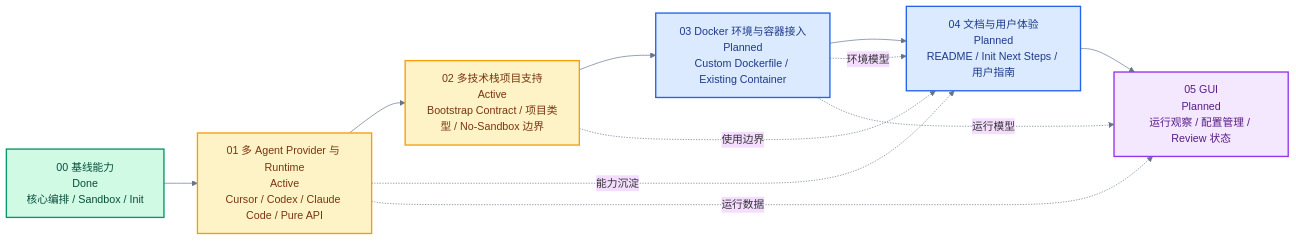
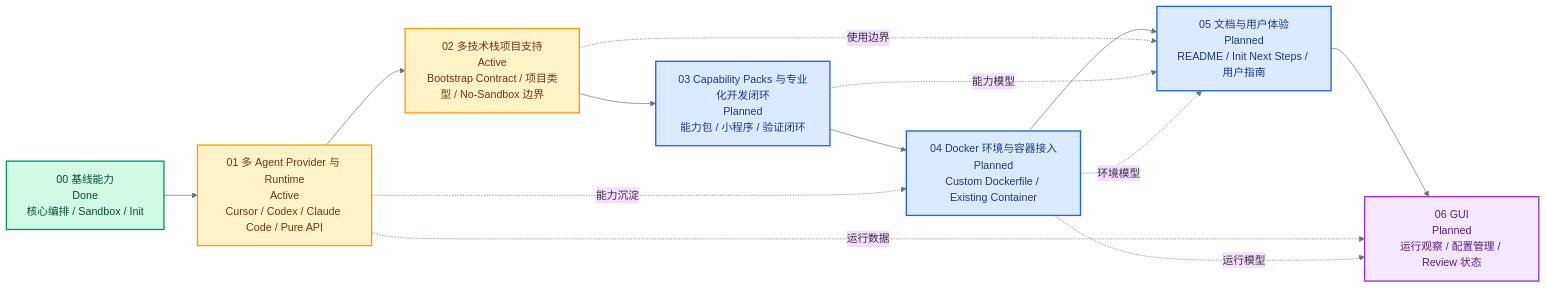
One commit to Yibeibankaishui/archLoop changed the diagram in docs/roadmap.md. Above: the diagram before and after it, drawn with Mermaid. The commit also changed other lines of this file and 5 other files, not shown here.

Commit message:
Add capability packs PRD and roadmap

````diff
--- a/docs/roadmap.md
+++ b/docs/roadmap.md
@@ -5,26 +5,28 @@
 ```mermaid
 %%{init: {"theme":"base","themeVariables":{"fontFamily":"Inter, ui-sans-serif, system-ui, sans-serif","primaryBorderColor":"#334155","lineColor":"#64748b","tertiaryColor":"#f8fafc"}} }%%
 flowchart LR
     P00["00 基线能力<br/>Done<br/>核心编排 / Sandbox / Init"] --> P01["01 多 Agent Provider 与 Runtime<br/>Active<br/>Cursor / Codex / Claude Code / Pure API"]
     P01 --> P02["02 多技术栈项目支持<br/>Active<br/>Bootstrap Contract / 项目类型 / No-Sandbox 边界"]
-    P02 --> P03["03 Docker 环境与容器接入<br/>Planned<br/>Custom Dockerfile / Existing Container"]
-    P03 --> P04["04 文档与用户体验<br/>Planned<br/>README / Init Next Steps / 用户指南"]
-    P04 --> P05["05 GUI<br/>Planned<br/>运行观察 / 配置管理 / Review 状态"]
+    P02 --> P03["03 Capability Packs 与专业化开发闭环<br/>Planned<br/>能力包 / 小程序 / 验证闭环"]
+    P03 --> P04["04 Docker 环境与容器接入<br/>Planned<br/>Custom Dockerfile / Existing Container"]
+    P04 --> P05["05 文档与用户体验<br/>Planned<br/>README / Init Next Steps / 用户指南"]
+    P05 --> P06["06 GUI<br/>Planned<br/>运行观察 / 配置管理 / Review 状态"]
 
     P01 -. "能力沉淀" .-> P04
-    P02 -. "使用边界" .-> P04
-    P01 -. "运行数据" .-> P05
-    P03 -. "环境模型" .-> P04
-    P03 -. "运行模型" .-> P05
+    P02 -. "使用边界" .-> P05
+    P03 -. "能力模型" .-> P05
+    P01 -. "运行数据" .-> P06
+    P04 -. "环境模型" .-> P05
+    P04 -. "运行模型" .-> P06
 
     classDef done fill:#d1fae5,stroke:#059669,color:#064e3b,stroke-width:2px;
     classDef active fill:#fef3c7,stroke:#f59e0b,color:#78350f,stroke-width:2px;
     classDef planned fill:#dbeafe,stroke:#2563eb,color:#1e3a8a,stroke-width:2px;
     classDef future fill:#f3e8ff,stroke:#9333ea,color:#581c87,stroke-width:2px;
     classDef support fill:#ffe4e6,stroke:#e11d48,color:#881337,stroke-width:2px;
 
     class P00 done;
     class P01,P02 active;
-    class P03,P04 planned;
-    class P05 future;
+    class P03,P04,P05 planned;
+    class P06 future;
 ```
````
